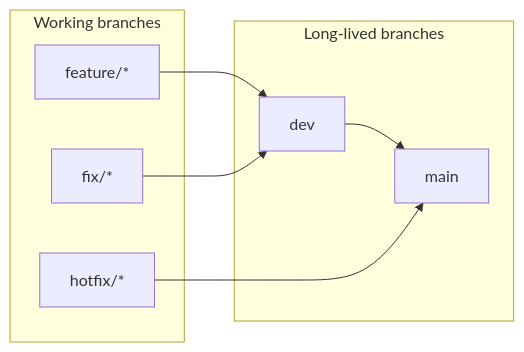
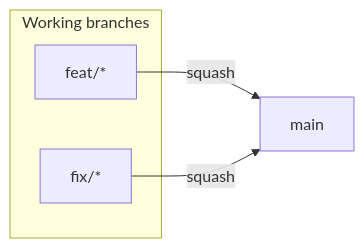
Before and after one commit to nikunjmavani/core-fe: the diagram in docs/deployment/branch-protection.md, drawn with Mermaid. The commit also changed other lines of this file and 11 other files, not shown here.

````diff
--- a/docs/deployment/branch-protection.md
+++ b/docs/deployment/branch-protection.md
@@ -13,18 +16,10 @@
 ```mermaid
 flowchart LR
   subgraph work [Working branches]
-    featureBranches["feature/*"]
+    featureBranches["feat/*"]
     fixBranches["fix/*"]
-    hotfixBranches["hotfix/*"]
   end
-
-  subgraph longlived [Long-lived branches]
-    devBranch[dev]
-    mainBranch[main]
-  end
-
-  featureBranches --> devBranch
-  fixBranches --> devBranch
-  devBranch --> mainBranch
-  hotfixBranches --> mainBranch
+  mainBranch[main]
+  featureBranches -->|squash| mainBranch
+  fixBranches -->|squash| mainBranch
 ```
````
